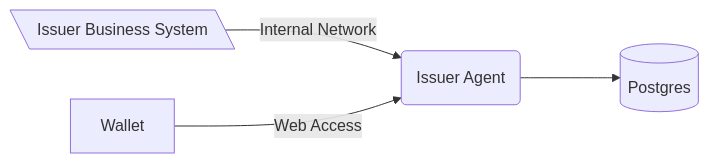
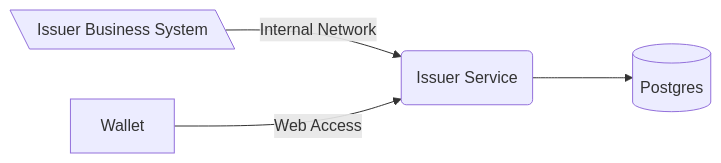
One commit to swiyu-admin-ch/swiyu-issuer changed the first of 5 diagrams in README.md. Above: the diagram before and after it, drawn with Mermaid. The commit also changed other lines of this file, not shown here.

Commit message:
docs(EIDOMNI-177): Extend Readme with some suggestions on how to protect the service

````diff
--- a/README.md
+++ b/README.md
@@ -34,10 +34,10 @@
 ```mermaid
 flowchart LR
     issint[\Issuer Business System\]
-    iss(Issuer Agent)
+    iss(Issuer Service)
     isdb[(Postgres)]
     wallet[Wallet]
     issint --Internal Network--> iss
     iss ---> isdb
     wallet --Web Access--> iss
 ```
````
